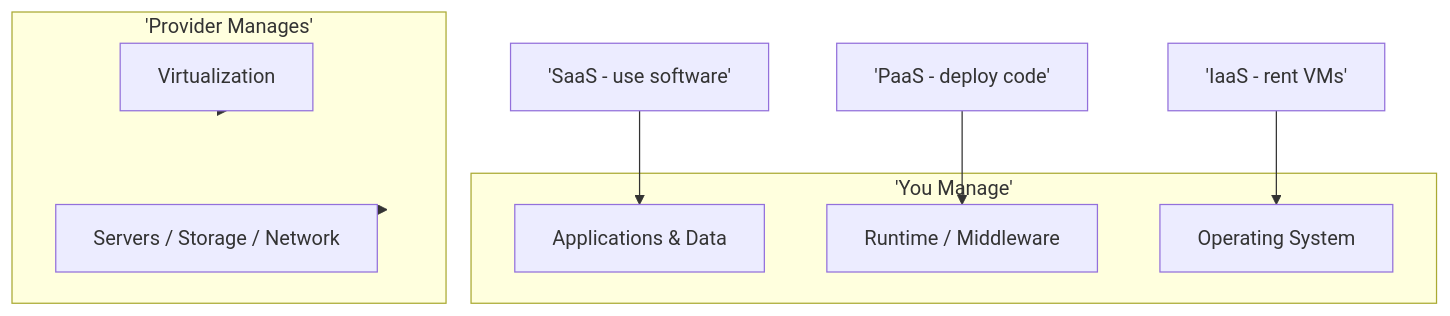
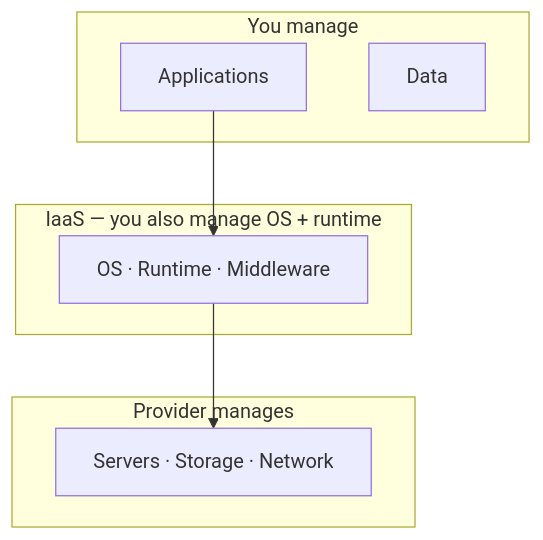
One commit to hareramcse/SystemDesign changed the second of 24 diagrams in 11-cloud-and-kubernetes/README.md. Above: the diagram before and after it, drawn with Mermaid. The commit also changed other lines of this file, not shown here.

````diff
--- a/11-cloud-and-kubernetes/README.md
+++ b/11-cloud-and-kubernetes/README.md
@@ -96,18 +299,14 @@
 ```mermaid
 flowchart TB
-    subgraph YouManage['You Manage']
-        App[Applications & Data]
-        Runtime[Runtime / Middleware]
-        OS[Operating System]
+    subgraph You[You manage]
+        App[Applications]
+        Data[Data]
     end
-
-    subgraph ProviderManage['Provider Manages']
-        Virt[Virtualization]
-        Servers[Servers / Storage / Network]
+    subgraph IaaS[IaaS — you also manage OS + runtime]
+        OS[OS · Runtime · Middleware]
     end
-
-    SaaS['SaaS  -  use software'] --> App
-    PaaS['PaaS  -  deploy code'] --> Runtime
-    IaaS['IaaS  -  rent VMs'] --> OS
-    Virt & Servers --> ProviderManage
+    subgraph Prov[Provider manages]
+        HW[Servers · Storage · Network]
+    end
+    App --> OS --> HW
 ```
````
